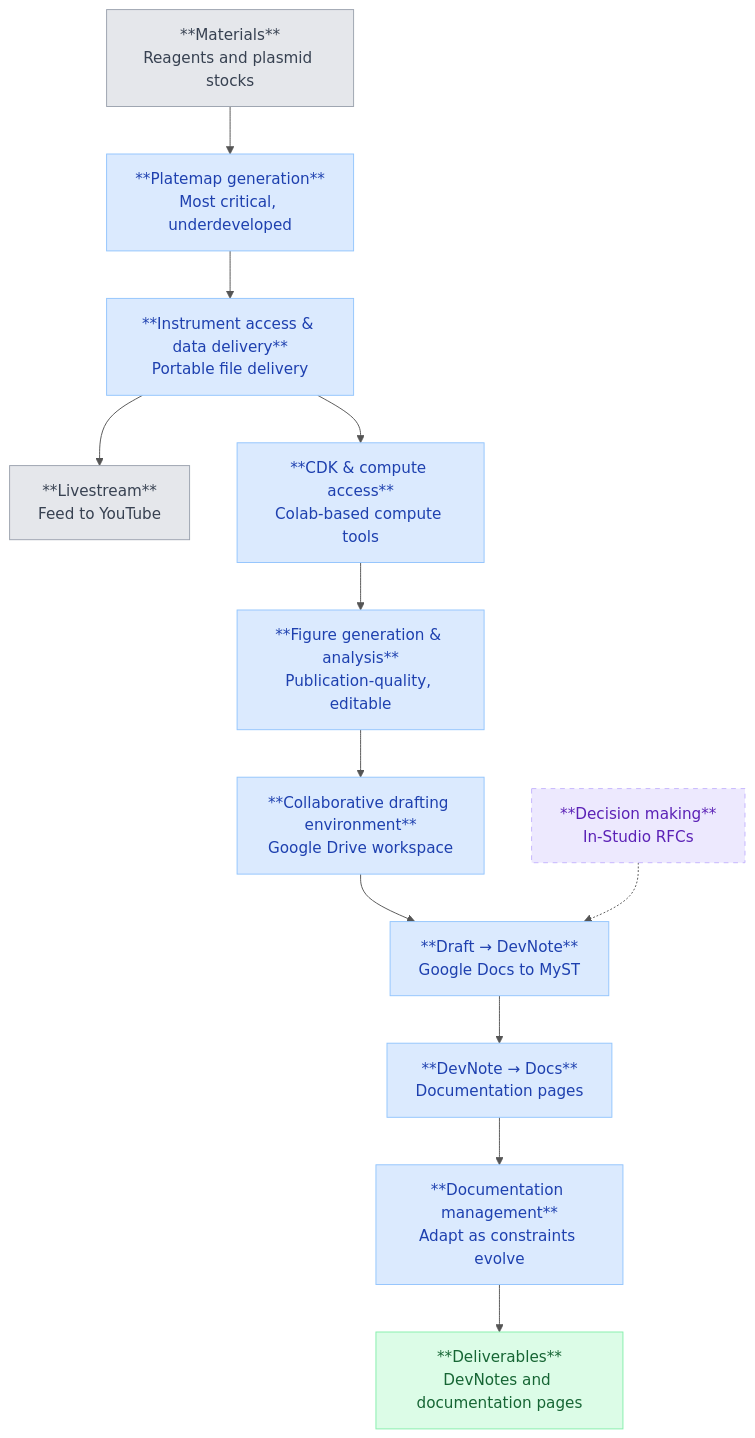
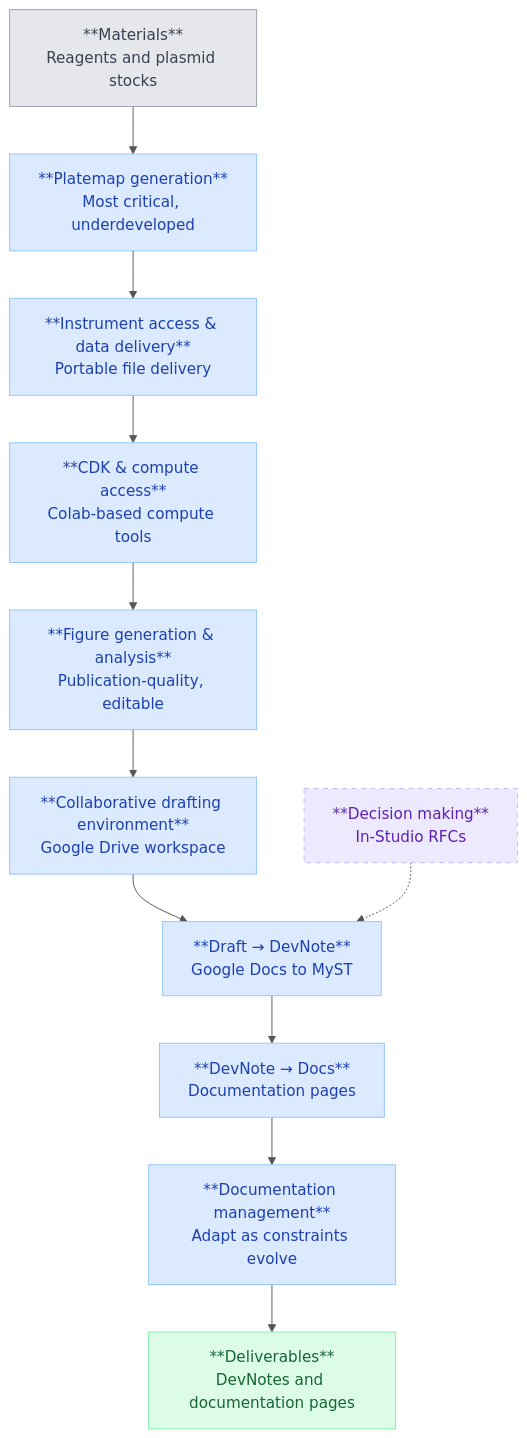
The diagram in devnotes/devstudio/assets/pipeline-diagram.md (nucleus-eng/nucleus-devnote-archive-1), drawn with Mermaid before and after one commit. The commit also changed 1 other file, not shown here.

Commit message:
Restore caption and links; remove Livestream from pipeline diagram
- Restore italic caption on documentation workflow diagram
- Restore links to London Demo, Chicago Demo, and DevCells Kickoff Workshop
- Remove Livestream node and edges from pipeline diagram

````diff
--- a/devnotes/devstudio/assets/pipeline-diagram.md
+++ b/devnotes/devstudio/assets/pipeline-diagram.md
@@ -2,40 +2,36 @@
 ```mermaid
 %%{init: {'theme': 'base', 'themeVariables': {'lineColor': '#555555', 'edgeLabelBackground': '#ffffff'}}}%%
 flowchart TD
     MATERIALS["**Materials**<br/>Reagents and plasmid stocks"]
     INSTRUMENT["**Instrument access & data delivery**<br/>Portable file delivery"]
-    LIVESTREAM["**Livestream**<br/>Feed to YouTube"]
     PLATEMAP["**Platemap generation**<br/>Most critical, underdeveloped"]
     CDK["**CDK & compute access**<br/>Colab-based compute tools"]
     FIGURES["**Figure generation & analysis**<br/>Publication-quality, editable"]
     DRAFTING["**Collaborative drafting environment**<br/>Google Drive workspace"]
     DECISIONS["**Decision making**<br/>In-Studio RFCs"]
     DEVNOTE["**Draft → DevNote**<br/>Google Docs to MyST"]
     DOCS["**DevNote → Docs**<br/>Documentation pages"]
     MGMT["**Documentation management**<br/>Adapt as constraints evolve"]
     DELIVERABLES["**Deliverables**<br/>DevNotes and documentation pages"]
 
     MATERIALS --> PLATEMAP
     PLATEMAP --> INSTRUMENT
-    INSTRUMENT --> LIVESTREAM
     INSTRUMENT --> CDK
     CDK --> FIGURES
     FIGURES --> DRAFTING
     DRAFTING --> DEVNOTE
     DECISIONS -.-> DEVNOTE
     DEVNOTE --> DOCS
     DOCS --> MGMT
     MGMT --> DELIVERABLES
 
     classDef materials fill:#e5e7eb,color:#374151,stroke:#9ca3af;
     classDef pipeline fill:#dbeafe,color:#1e40af,stroke:#93c5fd;
-    classDef side fill:#e5e7eb,color:#374151,stroke:#9ca3af;
     classDef decisions fill:#ede9fe,color:#5b21b6,stroke:#c4b5fd,stroke-dasharray: 5 5;
     classDef deliverables fill:#dcfce7,color:#166534,stroke:#86efac;
 
     class MATERIALS materials;
     class INSTRUMENT,PLATEMAP,CDK,FIGURES,DRAFTING,DEVNOTE,DOCS,MGMT pipeline;
-    class LIVESTREAM side;
     class DECISIONS decisions;
     class DELIVERABLES deliverables;
 ```
````
